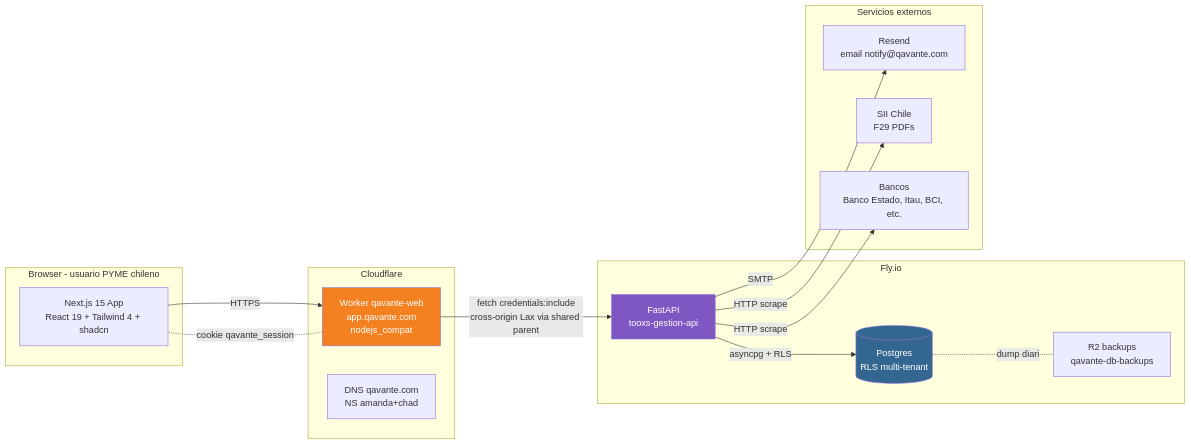
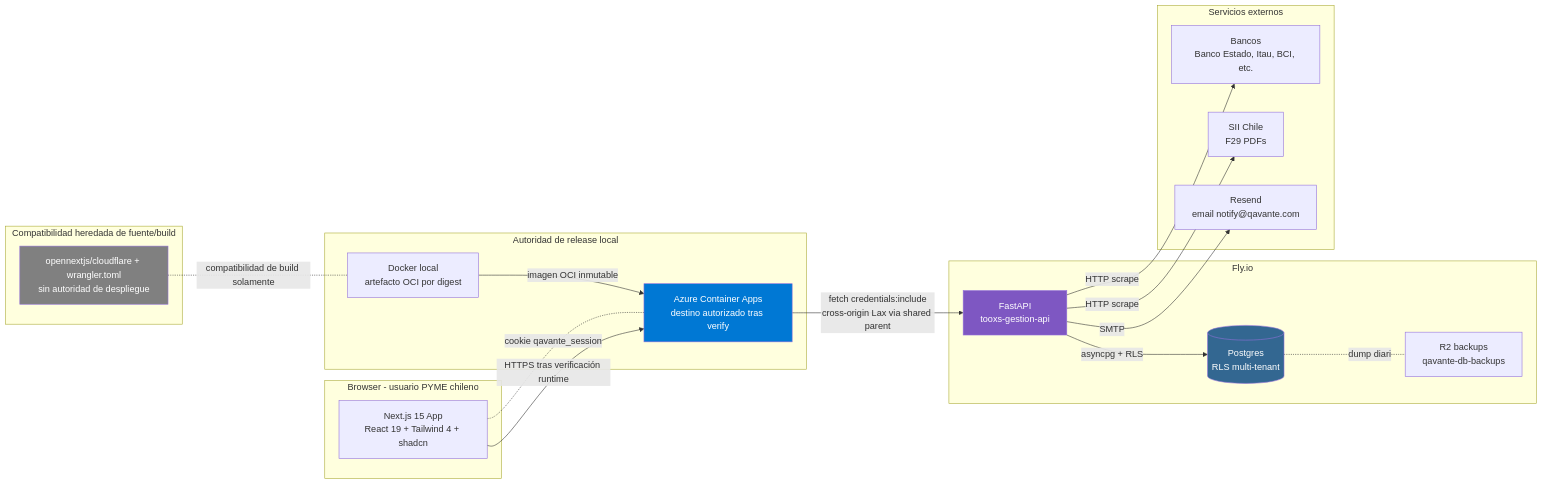
The diagram in docs/ARCHITECTURE.md (fperezd/qavante-web), drawn with Mermaid before and after one commit. The commit also changed other lines of this file and 16 other files, not shown here.

````diff
--- a/docs/ARCHITECTURE.md
+++ b/docs/ARCHITECTURE.md
@@ -9,36 +9,43 @@
 ```mermaid
 flowchart LR
     subgraph Browser[Browser - usuario PYME chileno]
         UI[Next.js 15 App<br/>React 19 + Tailwind 4 + shadcn]
     end
 
-    subgraph Cloudflare[Cloudflare]
-        Worker[Worker qavante-web<br/>app.qavante.com<br/>nodejs_compat]
-        DNS[DNS qavante.com<br/>NS amanda+chad]
+    subgraph LocalRelease[Autoridad de release local]
+        Docker[Docker local<br/>artefacto OCI por digest]
+        AzureTarget[Azure Container Apps<br/>destino autorizado tras verify]
+    end
+
+    subgraph LegacyBuild[Compatibilidad heredada de fuente/build]
+        Worker[opennextjs/cloudflare + wrangler.toml<br/>sin autoridad de despliegue]
     end
 
     subgraph Fly[Fly.io]
         API[FastAPI<br/>tooxs-gestion-api]
         PG[(Postgres<br/>RLS multi-tenant)]
         R2backup[R2 backups<br/>qavante-db-backups]
     end
 
     subgraph External[Servicios externos]
         Resend[Resend<br/>email notify@qavante.com]
         SII[SII Chile<br/>F29 PDFs]
         Banco[Bancos<br/>Banco Estado, Itau, BCI, etc.]
     end
 
-    UI -->|HTTPS| Worker
-    Worker -.cookie qavante_session.- UI
-    Worker -->|fetch credentials:include<br/>cross-origin Lax via shared parent| API
+    UI -->|HTTPS tras verificación runtime| AzureTarget
+    Docker -->|imagen OCI inmutable| AzureTarget
+    Worker -.compatibilidad de build solamente.- Docker
+    AzureTarget -.cookie qavante_session.- UI
+    AzureTarget -->|fetch credentials:include<br/>cross-origin Lax via shared parent| API
     API -->|asyncpg + RLS| PG
     PG -.dump diario.- R2backup
     API -->|SMTP| Resend
     API -->|HTTP scrape| SII
     API -->|HTTP scrape| Banco
 
-    style Worker fill:#f48120,color:#fff
+    style AzureTarget fill:#0078d4,color:#fff
+    style Worker fill:#808080,color:#fff
     style API fill:#7e57c2,color:#fff
     style PG fill:#336791,color:#fff
 ```
````
